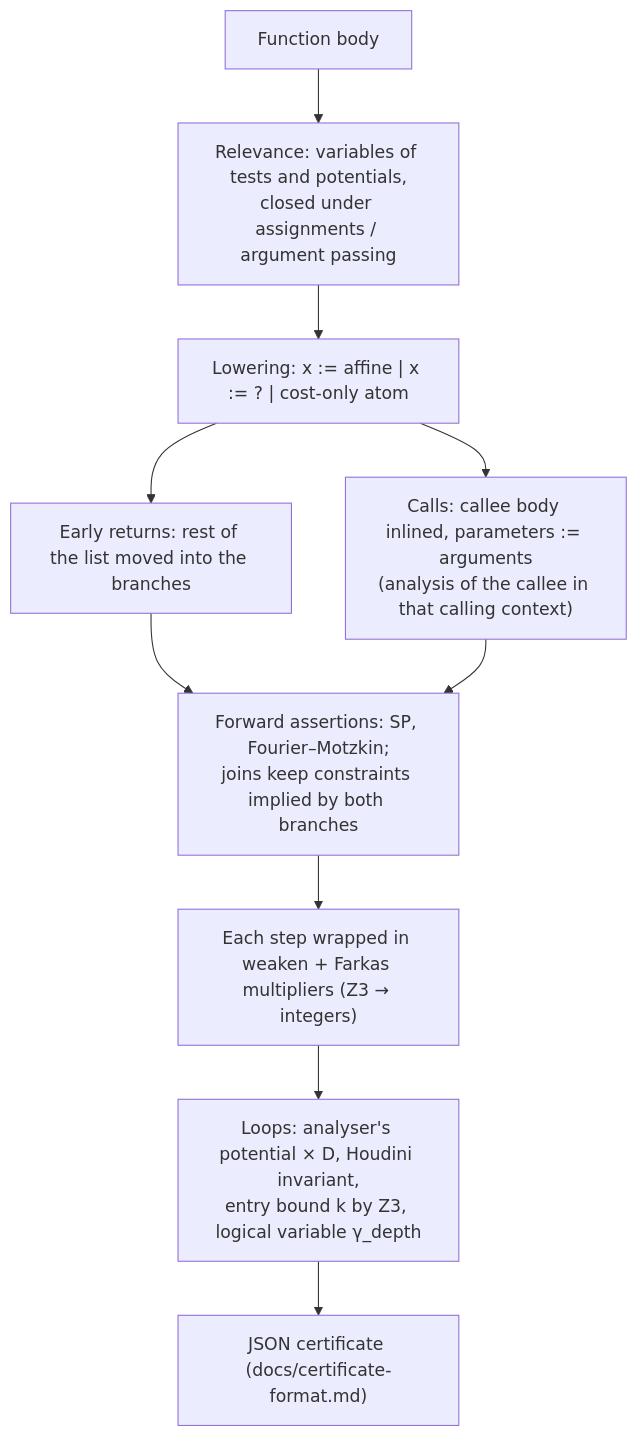
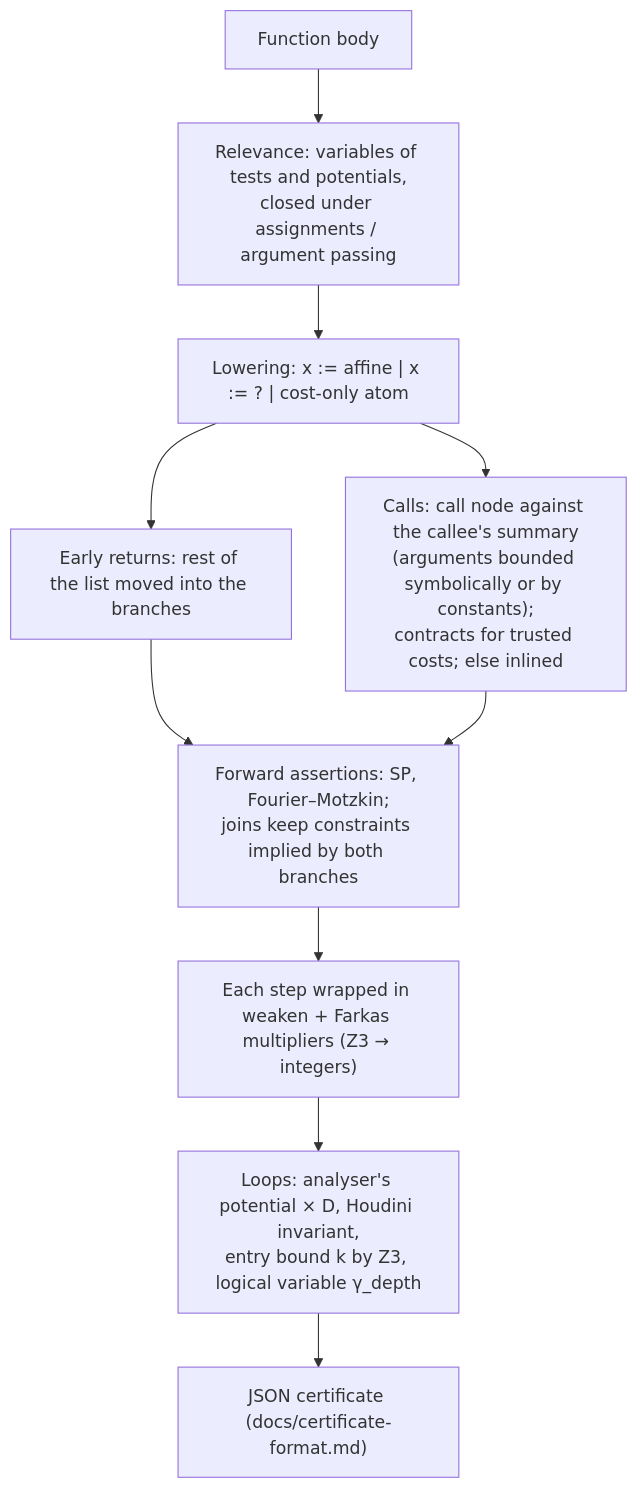
One commit to ldallolio/crosscheck changed the second of 3 diagrams in docs/guide/03-paper-tool.md. Above: the diagram before and after it, drawn with Mermaid. The commit also changed other lines of this file and 27 other files, not shown here.

````diff
--- a/docs/guide/03-paper-tool.md
+++ b/docs/guide/03-paper-tool.md
@@ -35,12 +35,12 @@
 ```mermaid
 flowchart TB
   F["Function body"] --> REL["Relevance: variables of tests and potentials,<br/>closed under assignments / argument passing"]
   REL --> LOW["Lowering: x := affine | x := ? | cost-only atom"]
   LOW --> RET["Early returns: rest of the list moved into the branches"]
-  LOW --> INL["Calls: callee body inlined, parameters := arguments<br/>(analysis of the callee in that calling context)"]
+  LOW --> INL["Calls: call node against the callee's summary<br/>(arguments bounded symbolically or by constants);<br/>contracts for trusted costs; else inlined"]
   RET --> FWD["Forward assertions: SP, Fourier–Motzkin;<br/>joins keep constraints implied by both branches"]
   INL --> FWD
   FWD --> LP["Each step wrapped in weaken + Farkas multipliers (Z3 → integers)"]
   LP --> LOOPC["Loops: analyser's potential × D, Houdini invariant,<br/>entry bound k by Z3, logical variable γ_depth"]
   LOOPC --> JSON["JSON certificate (docs/certificate-format.md)"]
 ```
````
